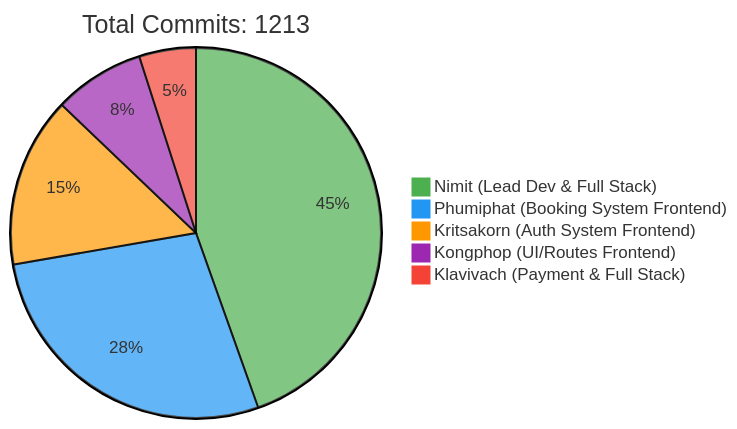
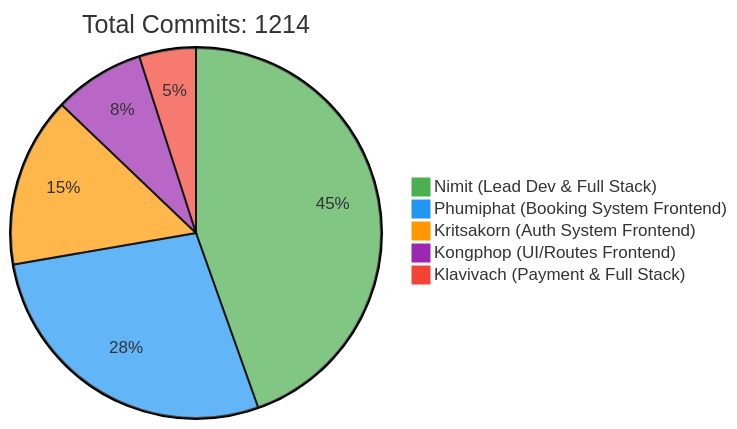
Before and after one commit to 6531503042/Sport-Complex: the first of 2 diagrams in README.md, drawn with Mermaid. The commit also changed other lines of this file, not shown here.

Commit message:
docs: Update contributor statistics [skip ci]

````diff
--- a/README.md
+++ b/README.md
@@ -257,10 +257,10 @@
 ```mermaid
 %%{init: {'theme': 'base', 'themeVariables': { 'pie1': '#4CAF50', 'pie2': '#2196F3', 'pie3': '#FF9800', 'pie4': '#9C27B0', 'pie5': '#F44336'}}}%%
 pie
-    title Total Commits: 1213
+    title Total Commits: 1214
     "Nimit (Lead Dev & Full Stack)" : 450
     "Phumiphat (Booking System Frontend)" : 280
     "Kritsakorn (Auth System Frontend)" : 150
     "Kongphop (UI/Routes Frontend)" : 80
     "Klavivach (Payment & Full Stack)" : 50
 ```
````
